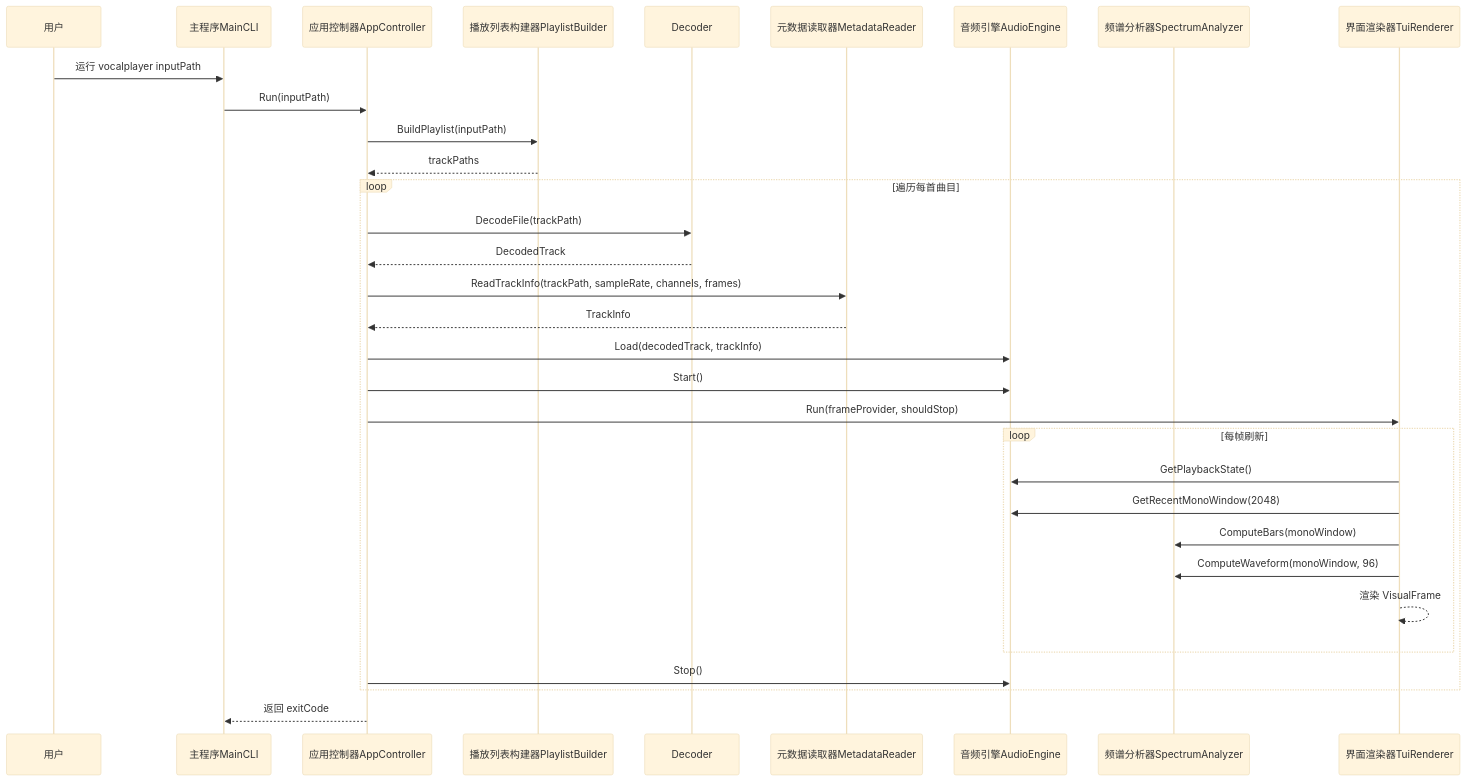
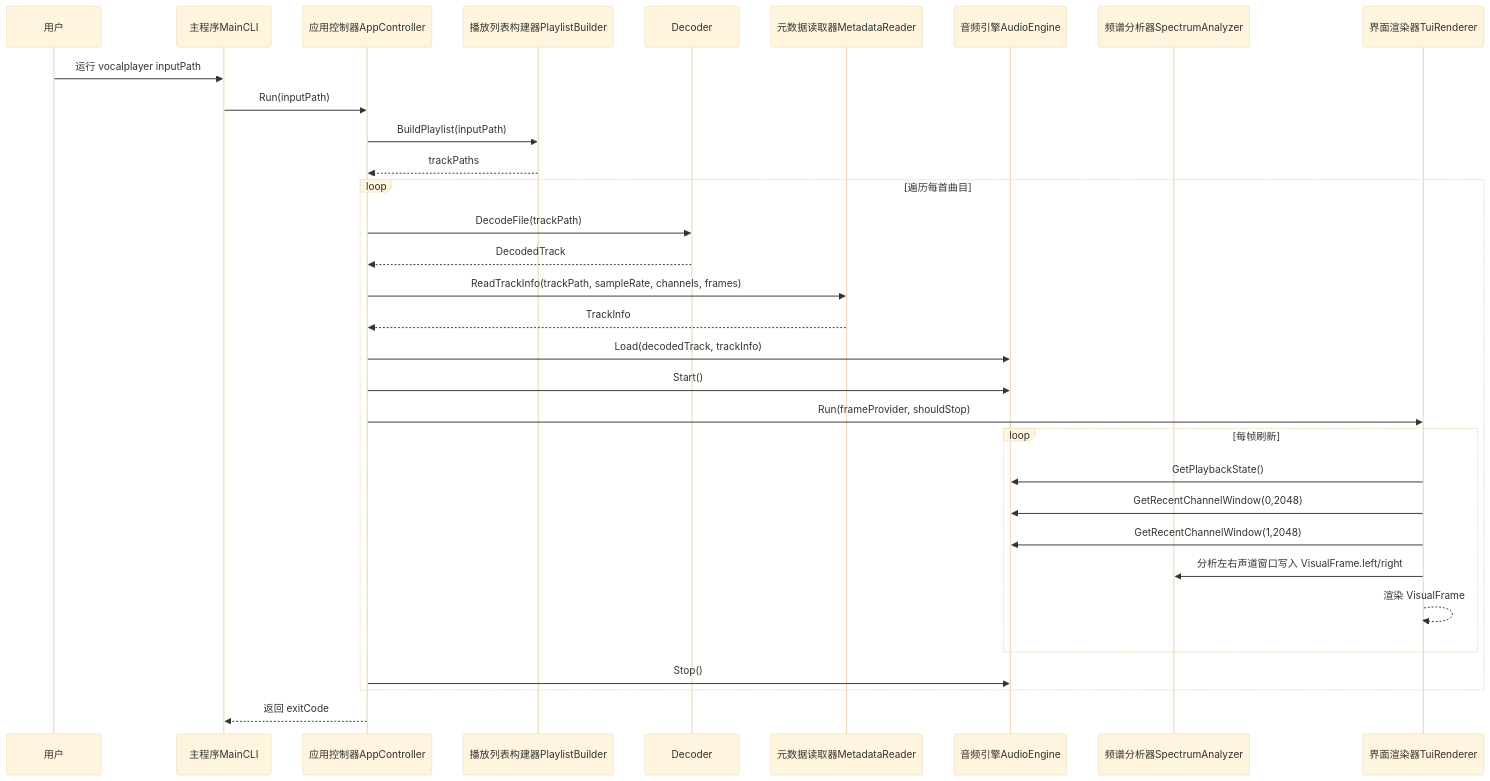
The second of 4 diagrams in docs/dev/architecture_zh-CN.md (virtualguard101/vocalplayer), drawn with Mermaid (base theme) before and after one commit. The commit also changed other lines of this file and 14 other files, not shown here.

````diff
--- a/docs/dev/architecture_zh-CN.md
+++ b/docs/dev/architecture_zh-CN.md
@@ -42,35 +45,35 @@
 ```mermaid
 sequenceDiagram
   participant User as 用户
   participant Main as 主程序MainCLI
   participant App as 应用控制器AppController
   participant Playlist as 播放列表构建器PlaylistBuilder
   participant Decoder
   participant Metadata as 元数据读取器MetadataReader
   participant Audio as 音频引擎AudioEngine
   participant Analyzer as 频谱分析器SpectrumAnalyzer
   participant UI as 界面渲染器TuiRenderer
 
   User->>Main: 运行 vocalplayer inputPath
   Main->>App: Run(inputPath)
   App->>Playlist: BuildPlaylist(inputPath)
   Playlist-->>App: trackPaths
   loop 遍历每首曲目
     App->>Decoder: DecodeFile(trackPath)
     Decoder-->>App: DecodedTrack
     App->>Metadata: ReadTrackInfo(trackPath, sampleRate, channels, frames)
     Metadata-->>App: TrackInfo
     App->>Audio: Load(decodedTrack, trackInfo)
     App->>Audio: Start()
     App->>UI: Run(frameProvider, shouldStop)
     loop 每帧刷新
       UI->>Audio: GetPlaybackState()
-      UI->>Audio: GetRecentMonoWindow(2048)
-      UI->>Analyzer: ComputeBars(monoWindow)
-      UI->>Analyzer: ComputeWaveform(monoWindow, 96)
+      UI->>Audio: GetRecentChannelWindow(0,2048)
+      UI->>Audio: GetRecentChannelWindow(1,2048)
+      UI->>Analyzer: 分析左右声道窗口写入 VisualFrame.left/right
       UI-->>UI: 渲染 VisualFrame
     end
     App->>Audio: Stop()
   end
   App-->>Main: 返回 exitCode
 ```
````
